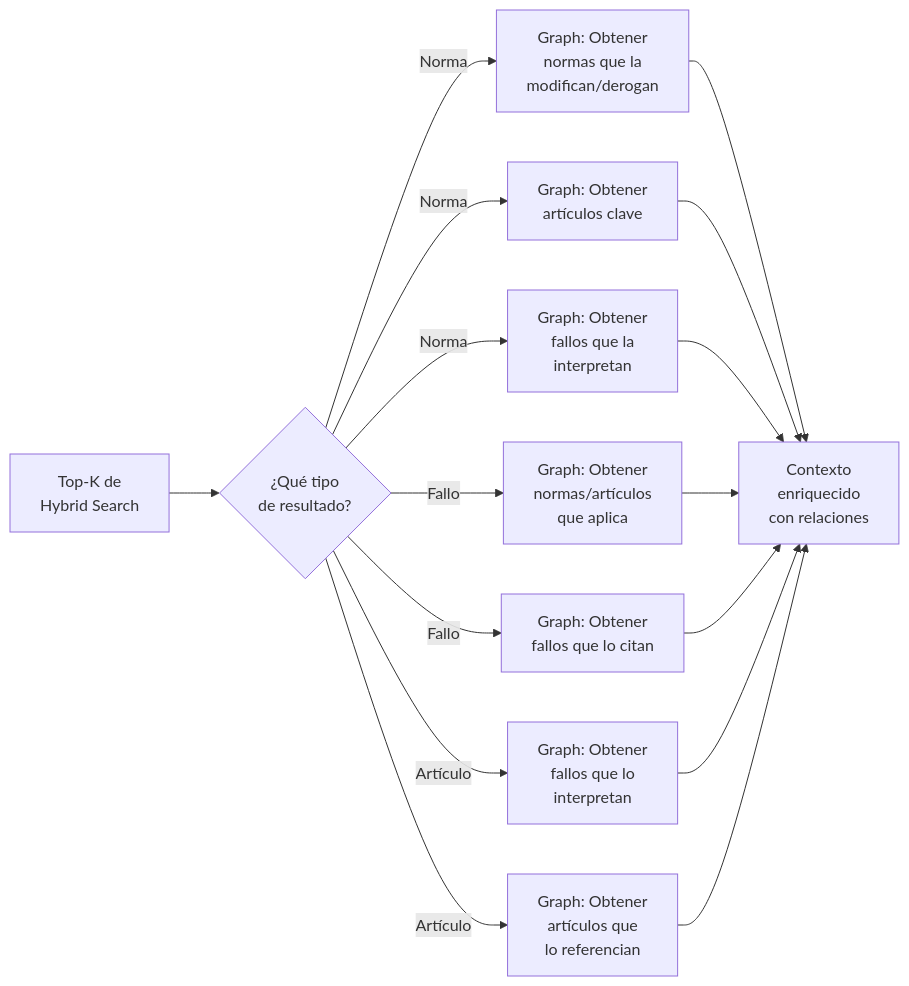
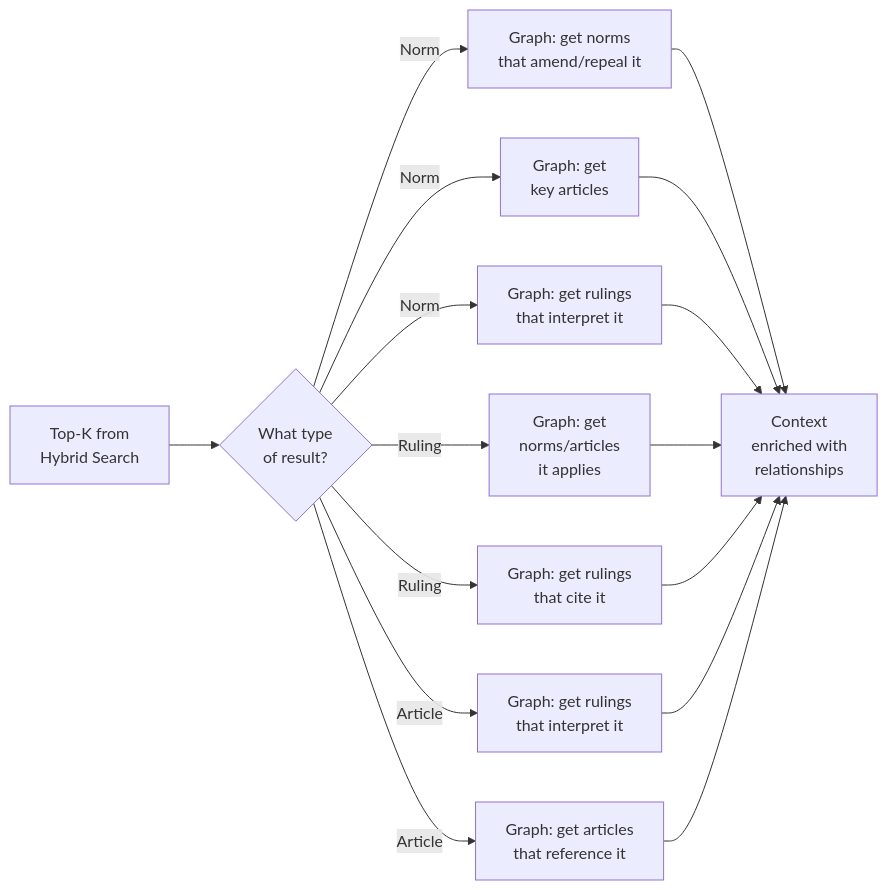
One commit to pablonux/legal-ai-ar changed the eighth of 13 diagrams in docs/roadmap/F00 - Development Environment and Structure/F00 - W01 - Comprehensive Documentation.md. Above: the diagram before and after it, drawn with Mermaid. The commit also changed other lines of this file and 8 other files, not shown here.

````diff
--- a/docs/roadmap/F00 - Development Environment and Structure/F00 - W01 - Comprehensive Documentation.md
+++ b/docs/roadmap/F00 - Development Environment and Structure/F00 - W01 - Comprehensive Documentation.md
@@ -830,16 +832,16 @@
 ```mermaid
 flowchart LR
-    A[Top-K de<br/>Hybrid Search] --> B{¿Qué tipo<br/>de resultado?}
+    A[Top-K from<br/>Hybrid Search] --> B{What type<br/>of result?}
 
-    B -->|Norma| C[Graph: Obtener<br/>normas que la<br/>modifican/derogan]
-    B -->|Norma| D[Graph: Obtener<br/>artículos clave]
-    B -->|Norma| E[Graph: Obtener<br/>fallos que la<br/>interpretan]
+    B -->|Norm| C[Graph: get norms<br/>that amend/repeal it]
+    B -->|Norm| D[Graph: get<br/>key articles]
+    B -->|Norm| E[Graph: get rulings<br/>that interpret it]
 
-    B -->|Fallo| F[Graph: Obtener<br/>normas/artículos<br/>que aplica]
-    B -->|Fallo| G[Graph: Obtener<br/>fallos que lo citan]
+    B -->|Ruling| F[Graph: get<br/>norms/articles<br/>it applies]
+    B -->|Ruling| G[Graph: get rulings<br/>that cite it]
 
-    B -->|Artículo| H[Graph: Obtener<br/>fallos que lo<br/>interpretan]
-    B -->|Artículo| I[Graph: Obtener<br/>artículos que<br/>lo referencian]
+    B -->|Article| H[Graph: get rulings<br/>that interpret it]
+    B -->|Article| I[Graph: get articles<br/>that reference it]
 
-    C & D & E & F & G & H & I --> J[Contexto<br/>enriquecido<br/>con relaciones]
+    C & D & E & F & G & H & I --> J[Context<br/>enriched with<br/>relationships]
 ```
````
